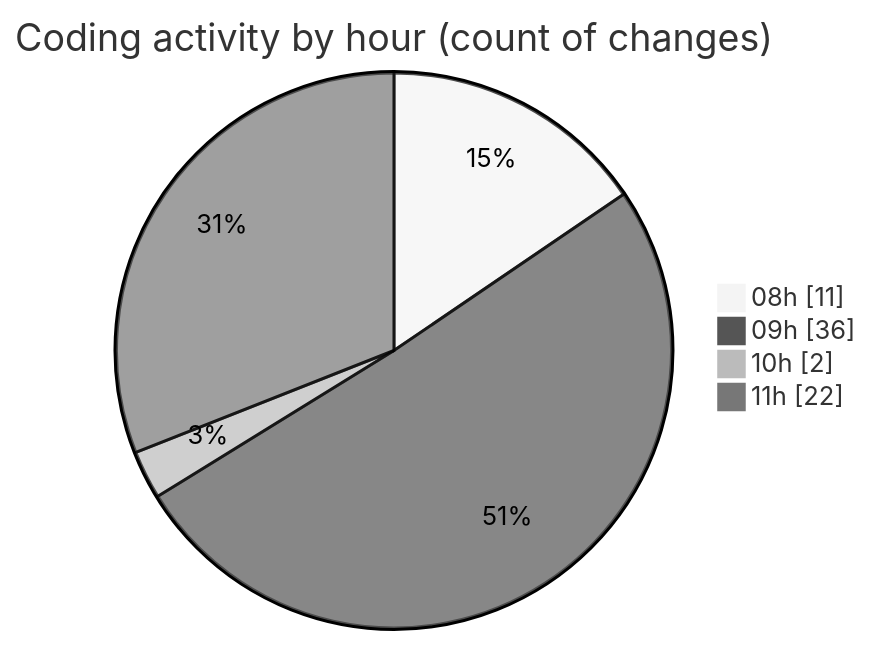
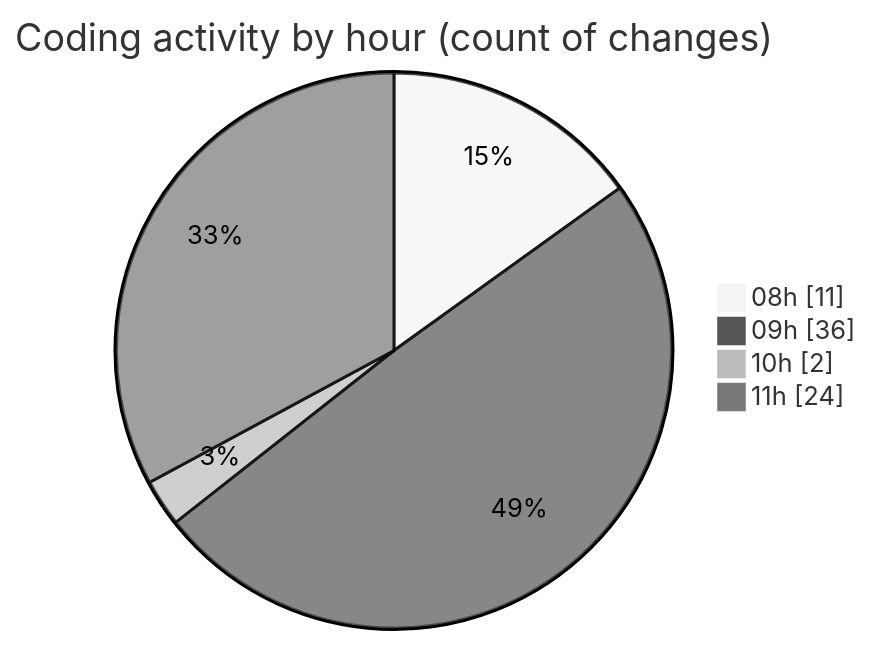
The second of 2 diagrams in 2025-11-15/untitled__workspace_/README.md (MatusMokan/code-tracking), drawn with Mermaid (neutral theme) before and after one commit. The commit also changed other lines of this file and 1 other file, not shown here.

````diff
--- a/2025-11-15/untitled__workspace_/README.md
+++ b/2025-11-15/untitled__workspace_/README.md
@@ -37,8 +38,8 @@
 ```mermaid
 pie showData
 title Coding activity by hour (count of changes)
 "08h" : 11
 "09h" : 36
 "10h" : 2
-"11h" : 22
+"11h" : 24
 ```
````
